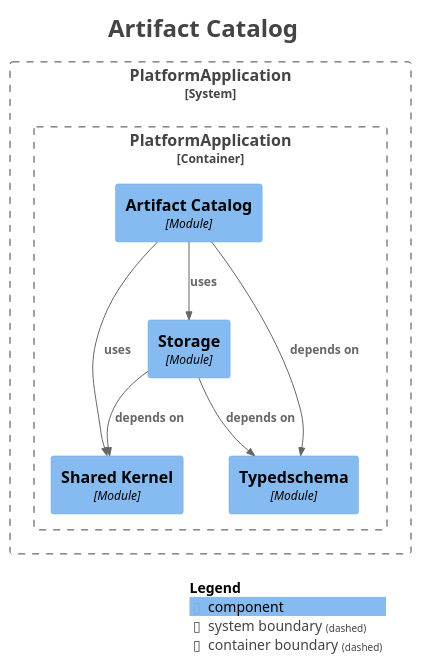
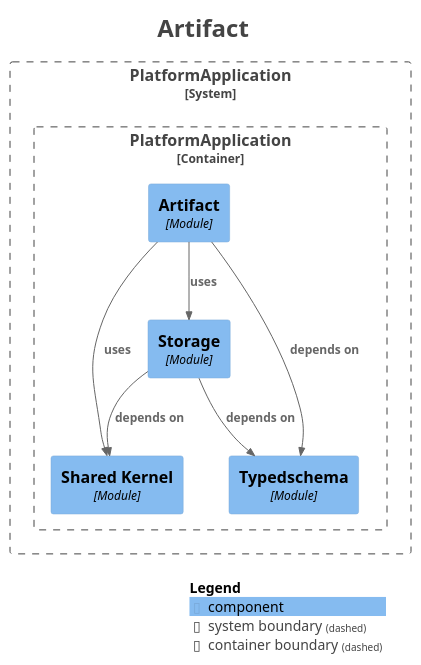
One commit to shangxq007/media-platform changed the diagram in platform-app/docs/architecture/maps/generated/modulith/module-artifact.puml. Above: the diagram before and after it, drawn with PlantUML. The commit also changed 51 other files, not shown here.

First line of the commit message:
refactor(artifact): absorb artifact catalog authority and retire module (PMPR-A1R1)

```diff
--- a/platform-app/docs/architecture/maps/generated/modulith/module-artifact.puml
+++ b/platform-app/docs/architecture/maps/generated/modulith/module-artifact.puml
@@ -1,36 +1,36 @@
 @startuml
-title <size:24>Artifact Catalog</size>
+title <size:24>Artifact</size>
 
 set separator none
 top to bottom direction
 
 <style>
   root {
     BackgroundColor: #ffffff
     FontColor: #444444
   }
 </style>
 
 !include <C4/C4>
 !include <C4/C4_Context>
 !include <C4/C4_Component>
 
 System_Boundary("PlatformApplication_boundary", "PlatformApplication", $tags="") {
   Container_Boundary("PlatformApplication.PlatformApplication_boundary", "PlatformApplication", $tags="") {
     Component(PlatformApplication.PlatformApplication.SharedKernel, "Shared Kernel", $techn="Module", $descr="", $tags="", $link="")
     Component(PlatformApplication.PlatformApplication.Typedschema, "Typedschema", $techn="Module", $descr="", $tags="", $link="")
     Component(PlatformApplication.PlatformApplication.Storage, "Storage", $techn="Module", $descr="", $tags="", $link="")
-    Component(PlatformApplication.PlatformApplication.ArtifactCatalog, "Artifact Catalog", $techn="Module", $descr="", $tags="", $link="")
+    Component(PlatformApplication.PlatformApplication.Artifact, "Artifact", $techn="Module", $descr="", $tags="", $link="")
   }
 
 }
 
-Rel(PlatformApplication.PlatformApplication.ArtifactCatalog, PlatformApplication.PlatformApplication.SharedKernel, "uses", $techn="", $tags="", $link="")
-Rel(PlatformApplication.PlatformApplication.ArtifactCatalog, PlatformApplication.PlatformApplication.Storage, "uses", $techn="", $tags="", $link="")
 Rel(PlatformApplication.PlatformApplication.Storage, PlatformApplication.PlatformApplication.Typedschema, "depends on", $techn="", $tags="", $link="")
 Rel(PlatformApplication.PlatformApplication.Storage, PlatformApplication.PlatformApplication.SharedKernel, "depends on", $techn="", $tags="", $link="")
-Rel(PlatformApplication.PlatformApplication.ArtifactCatalog, PlatformApplication.PlatformApplication.Typedschema, "depends on", $techn="", $tags="", $link="")
+Rel(PlatformApplication.PlatformApplication.Artifact, PlatformApplication.PlatformApplication.Typedschema, "depends on", $techn="", $tags="", $link="")
+Rel(PlatformApplication.PlatformApplication.Artifact, PlatformApplication.PlatformApplication.SharedKernel, "uses", $techn="", $tags="", $link="")
+Rel(PlatformApplication.PlatformApplication.Artifact, PlatformApplication.PlatformApplication.Storage, "uses", $techn="", $tags="", $link="")
 
 SHOW_LEGEND(true)
 hide stereotypes
 @enduml
```
